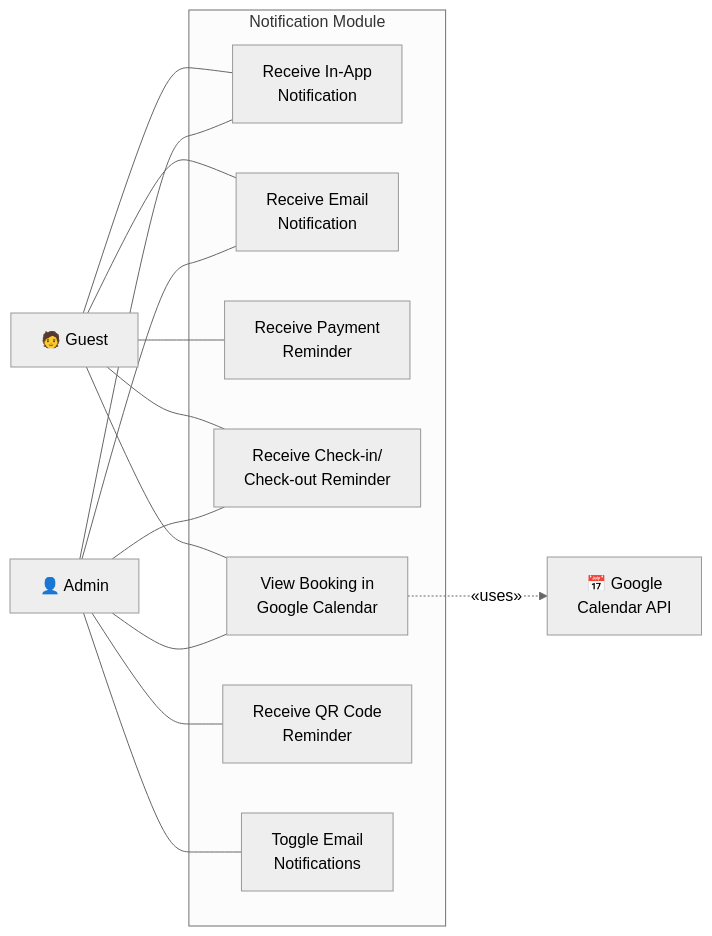
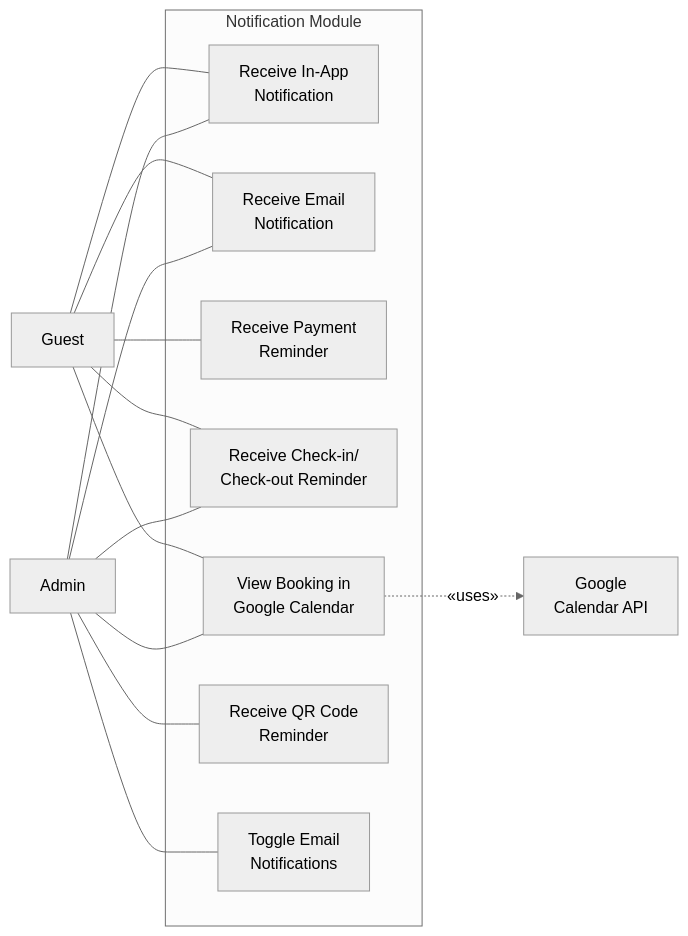
The sixth of 12 diagrams in docs/dev/USE_CASE_DIAGRAMS.md (aisyahumairah/HomeLodge-Doc), drawn with Mermaid (neutral theme) before and after one commit. The commit also changed other lines of this file and 3 other files, not shown here.

````diff
--- a/docs/dev/USE_CASE_DIAGRAMS.md
+++ b/docs/dev/USE_CASE_DIAGRAMS.md
@@ -235,31 +276,31 @@
 ```mermaid
 flowchart LR
-    Guest["🧑 Guest"]
-    Admin["👤 Admin"]
-    GCal["📅 Google\nCalendar API"]
+    Guest["Guest"]
+    Admin["Admin"]
+    GCal["Google\nCalendar API"]
 
     subgraph Notification Module
         UC1["Receive In-App\nNotification"]
         UC2["Receive Email\nNotification"]
         UC3["Receive Payment\nReminder"]
         UC4["Receive Check-in/\nCheck-out Reminder"]
         UC5["View Booking in\nGoogle Calendar"]
         UC6["Receive QR Code\nReminder"]
         UC7["Toggle Email\nNotifications"]
     end
 
     Guest --- UC1
     Guest --- UC2
     Guest --- UC3
     Guest --- UC4
     Guest --- UC5
 
     Admin --- UC1
     Admin --- UC2
     Admin --- UC4
     Admin --- UC5
     Admin --- UC6
     Admin --- UC7
 
     UC5 -. "«uses»" .-> GCal
 ```
````
